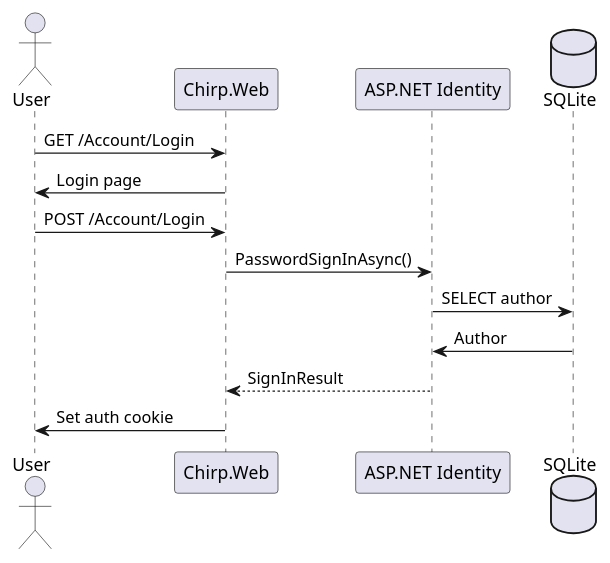
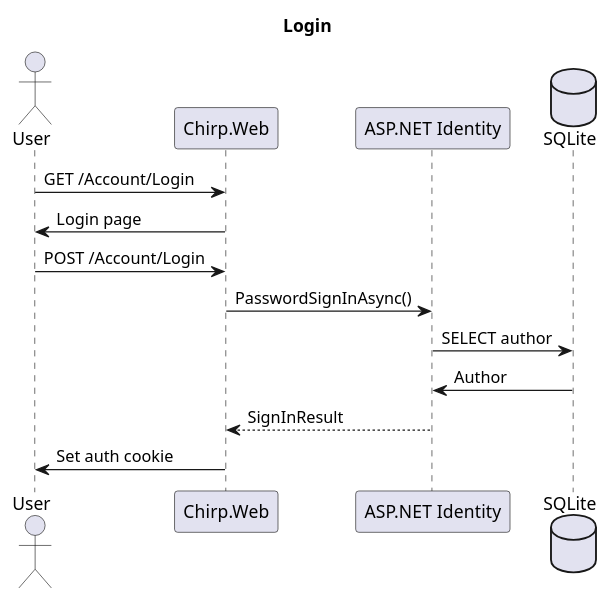
The seventh of 14 diagrams in docs/report.md (ITU-BDSA2024-GROUP14/Chirp), drawn with PlantUML before and after one commit. The commit also changed other lines of this file, not shown here.

Commit message:
Add plantuml titles

````diff
--- a/docs/report.md
+++ b/docs/report.md
@@ -243,18 +246,21 @@
 ```plantuml
 @startuml
+
+title Login
+
 actor User
 participant Chirp.Web as Web
 participant "ASP.NET Identity" as Identity
 database SQLite
 
 User -> Web:                GET /Account/Login
 Web -> User:                Login page
 User -> Web:                POST /Account/Login
 Web -> Identity:            PasswordSignInAsync()
 Identity -> SQLite:         SELECT author
 SQLite -> Identity:         Author
 Identity --> Web:           SignInResult
 Web -> User:                Set auth cookie
 
 @enduml
 ```
````
